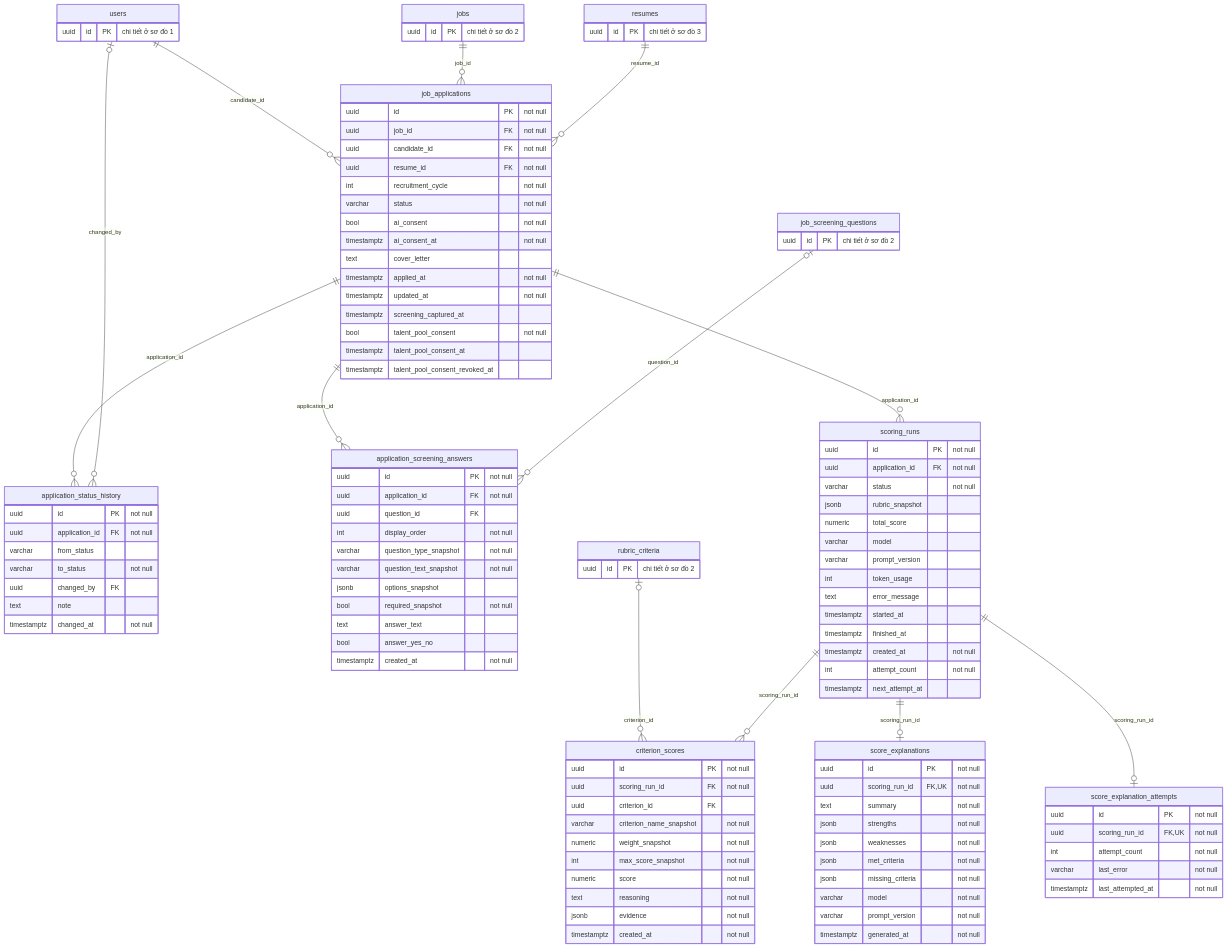
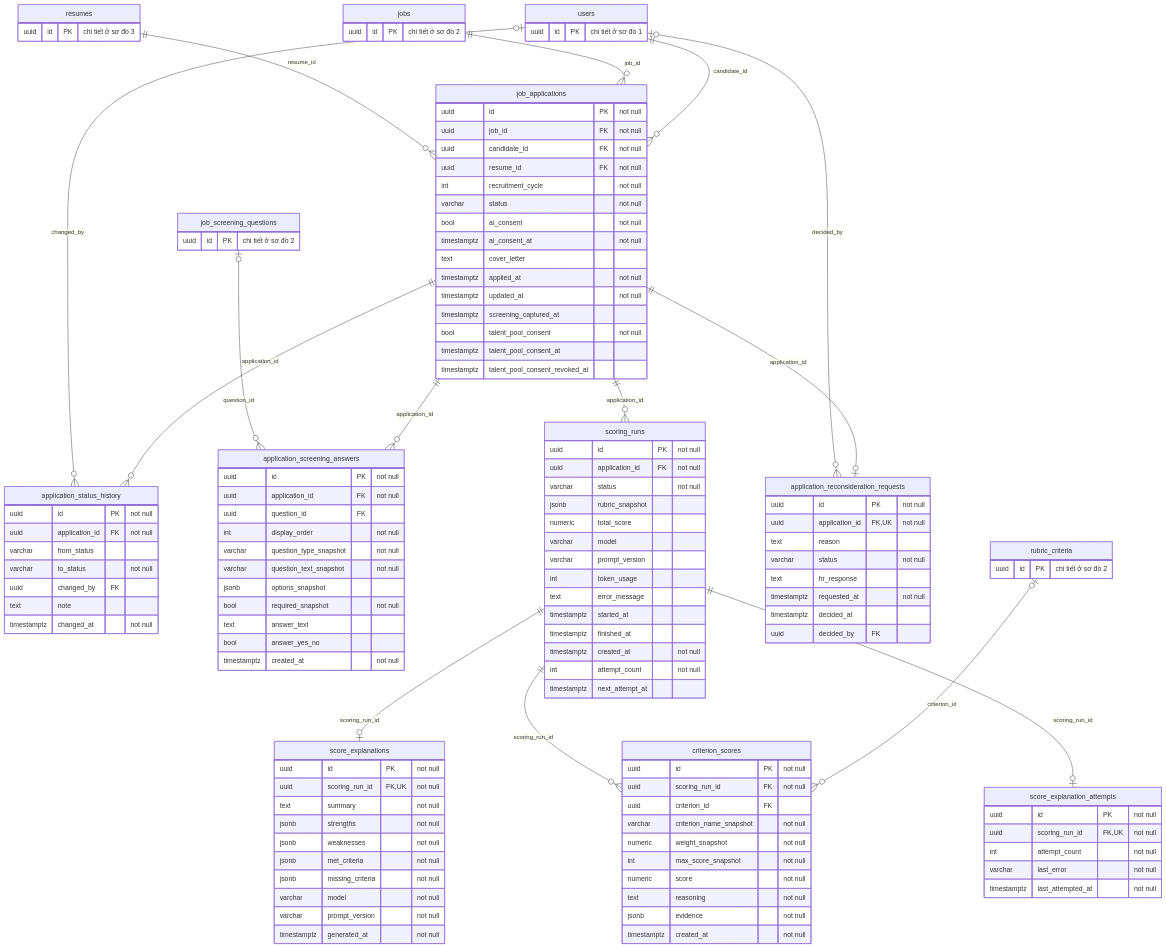
One commit to MinhDat205/ai-recruitment-agent changed the fourth of 6 diagrams in docs/ER.md. Above: the diagram before and after it, drawn with Mermaid. The commit also changed other lines of this file and 13 other files, not shown here.

````diff
--- a/docs/ER.md
+++ b/docs/ER.md
@@ -454,6 +457,16 @@
         varchar last_error "not null"
         timestamptz last_attempted_at "not null"
     }
+    application_reconsideration_requests {
+        uuid id PK "not null"
+        uuid application_id FK, UK "not null"
+        text reason
+        varchar status "not null"
+        text hr_response
+        timestamptz requested_at "not null"
+        timestamptz decided_at
+        uuid decided_by FK
+    }
     job_screening_questions {
         uuid id PK "chi tiết ở sơ đồ 2"
     }
@@ -481,4 +494,6 @@
     scoring_runs ||--o{ criterion_scores : "scoring_run_id"
     scoring_runs ||--o| score_explanations : "scoring_run_id"
     scoring_runs ||--o| score_explanation_attempts : "scoring_run_id"
+    job_applications ||--o| application_reconsideration_requests : "application_id"
+    users |o--o{ application_reconsideration_requests : "decided_by"
 ```
````
